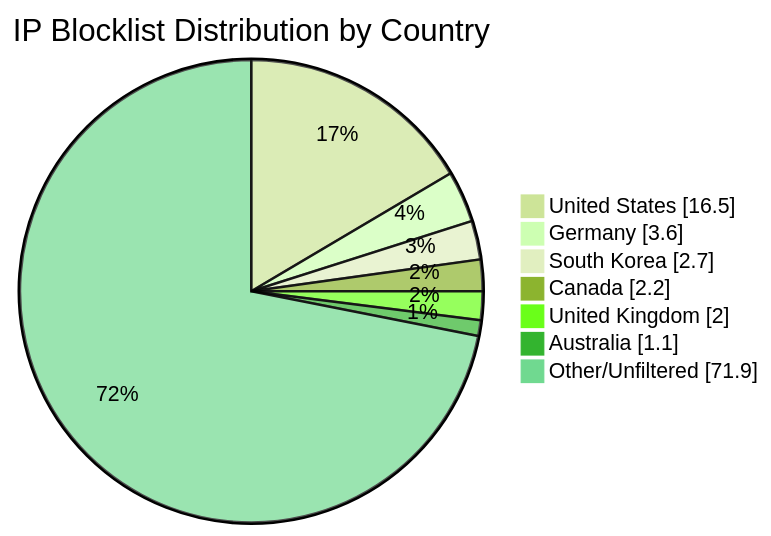
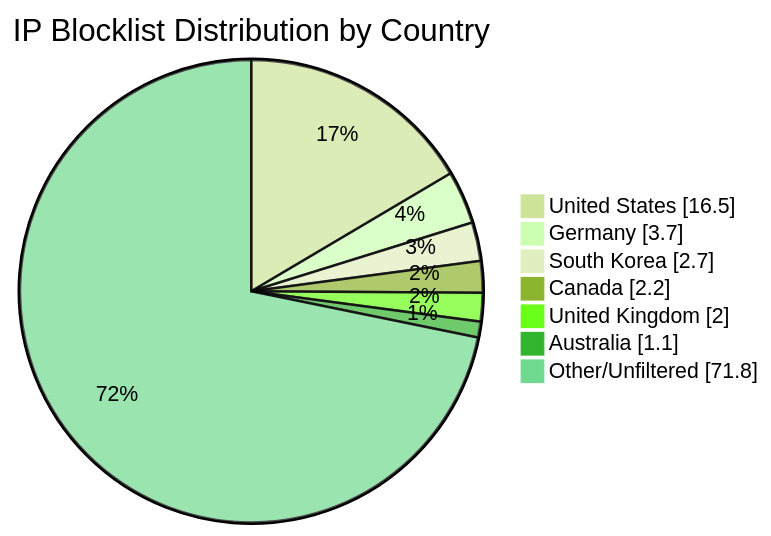
Before and after one commit to MarcusHoltz/ipblocklist-geofiltered-aggregator: the diagram in README.md, drawn with Mermaid (forest theme). The commit also changed other lines of this file and 9 other files, not shown here.

````diff
--- a/README.md
+++ b/README.md
@@ -34,10 +34,10 @@
 ```mermaid
 pie showData title IP Blocklist Distribution by Country
 "United States" : 16.5
-"Germany" : 3.6
+"Germany" : 3.7
 "South Korea" : 2.7
 "Canada" : 2.2
 "United Kingdom" : 2.0
 "Australia" : 1.1
-"Other/Unfiltered" : 71.9
+"Other/Unfiltered" : 71.8
 ```
````
